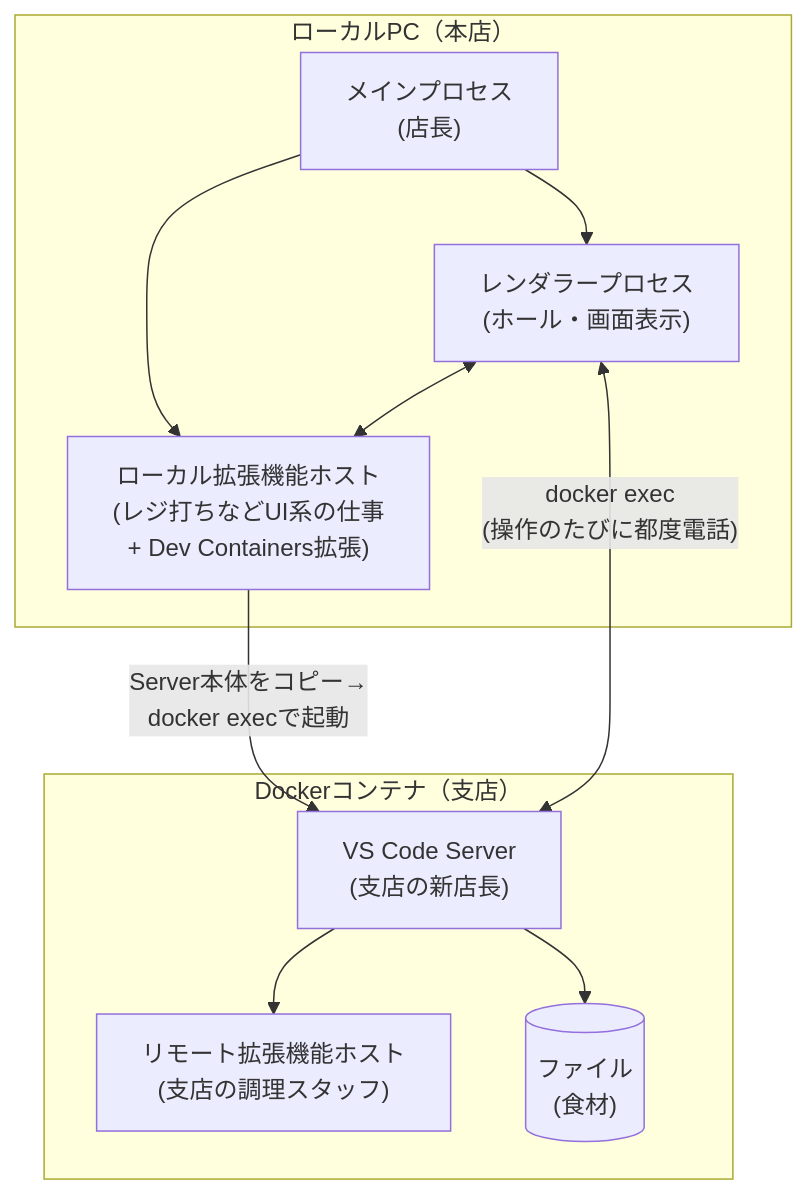
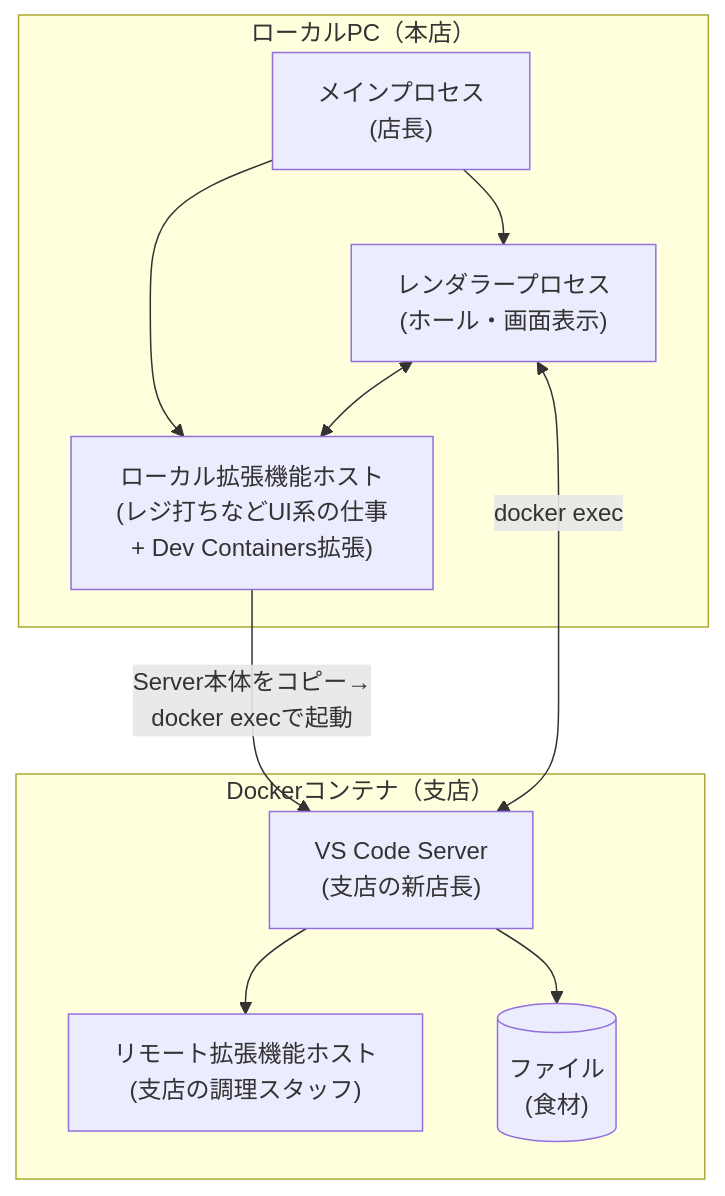
The second of 2 diagrams in .devcontainer/docs/vscode-devcontainer-architecture.md (TakebumiSuzuki/recipe-api), drawn with Mermaid before and after one commit. The commit also changed other lines of this file and 4 other files, not shown here.

````diff
--- a/.devcontainer/docs/vscode-devcontainer-architecture.md
+++ b/.devcontainer/docs/vscode-devcontainer-architecture.md
@@ -44,24 +44,24 @@
 ```mermaid
 flowchart TB
     subgraph pc["ローカルPC（本店）"]
         main["メインプロセス<br/>(店長)"]
         renderer["レンダラープロセス<br/>(ホール・画面表示)"]
         localext["ローカル拡張機能ホスト<br/>(レジ打ちなどUI系の仕事<br/>+ Dev Containers拡張)"]
 
         main --> renderer
         main --> localext
         renderer <--> localext
     end
 
     subgraph container["Dockerコンテナ（支店）"]
         server["VS Code Server<br/>(支店の新店長)"]
         remoteext["リモート拡張機能ホスト<br/>(支店の調理スタッフ)"]
         file[("ファイル<br/>(食材)")]
 
         server --> remoteext
         server --> file
     end
 
     localext -->|"Server本体をコピー→<br/>docker execで起動"| server
-    renderer <-->|"docker exec<br/>(操作のたびに都度電話)"| server
+    renderer <-->|"docker exec"| server
 ```
````
